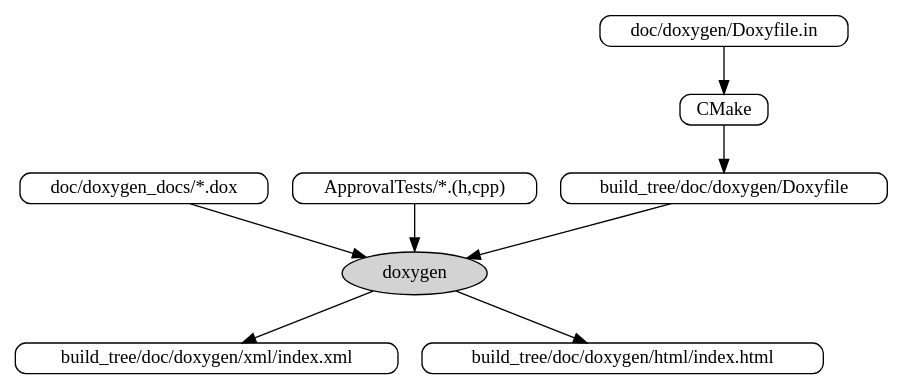
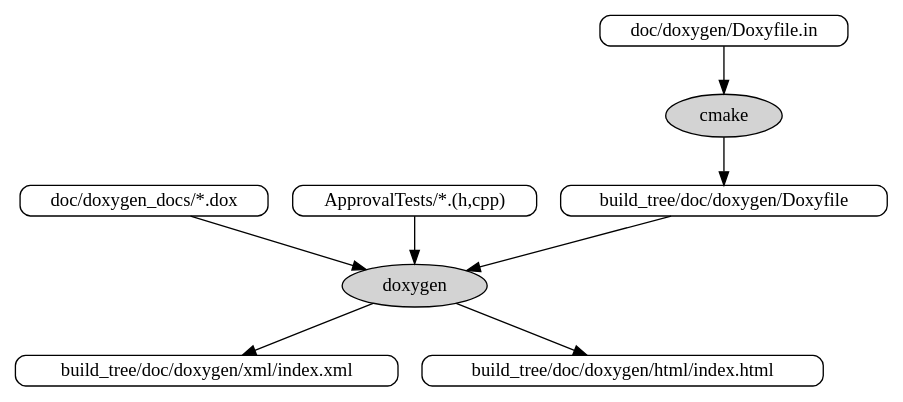
One commit to approvals/ApprovalTests.cpp changed the diagram in doc/images/source/doxygen_flow.dot. Above: the diagram before and after it, drawn with Graphviz. The commit also changed 1 other file, not shown here.

Commit message:
d   Fix formatting of cmake in diagram

```diff
--- a/doc/images/source/doxygen_flow.dot
+++ b/doc/images/source/doxygen_flow.dot
@@ -1,27 +1,27 @@
 digraph doxygen_flow {
     rankdir = "TB"
     node [fontsize = 14, shape = box, style="rounded", height = 0.25]
     edge [fontsize = 14]
 
-    "CMake"
+    "cmake" [shape = oval, fillcolor = lightgray, style = filled]
 
     "Doxyfile.in" [label = "doc/doxygen/Doxyfile.in"]
-    "Doxyfile.in" -> "CMake"
+    "Doxyfile.in" -> "cmake"
     "Doxyfile" [label = "build_tree/doc/doxygen/Doxyfile"]
-    "CMake" -> "Doxyfile"
+    "cmake" -> "Doxyfile"
 
     "doxygen" [shape = oval, fillcolor = lightgray, style = filled]
 
     "doxygen_dox_files" [label = "doc/doxygen_docs/*.dox"]
     "doxygen_dox_files" -> "doxygen"
 
     "Doxyfile" -> "doxygen"
     "ApprovalTests" [label = "ApprovalTests/*.(h,cpp)"]
     "ApprovalTests" -> "doxygen"
 
     "index.xml" [label = "build_tree/doc/doxygen/xml/index.xml"]
     "doxygen" -> "index.xml"
 
     "index.html" [label = "build_tree/doc/doxygen/html/index.html"]
     "doxygen" -> "index.html"
 }
```
